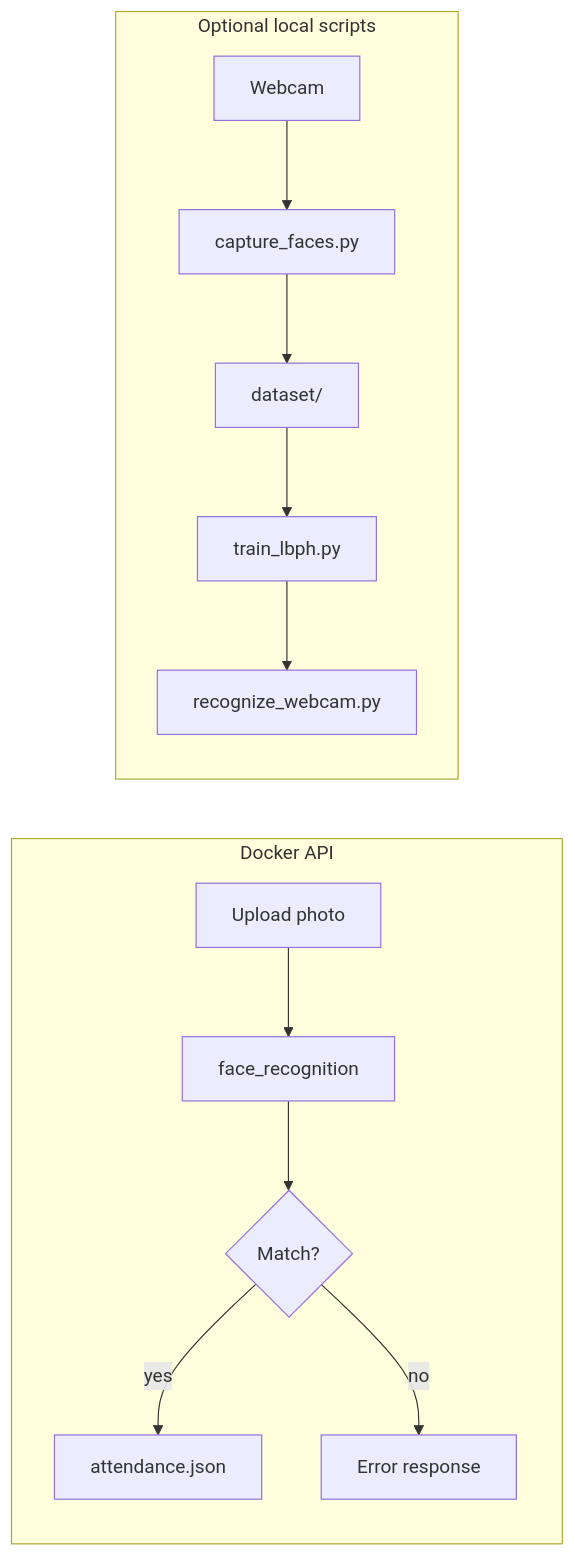
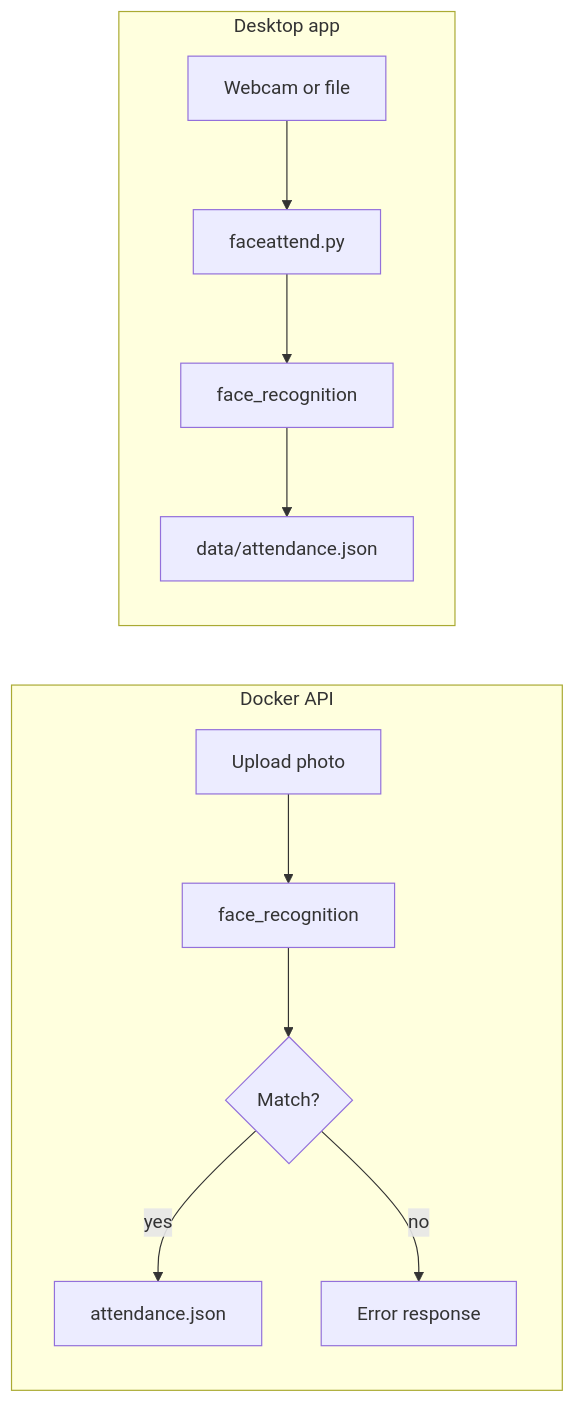
Before and after one commit to joemo31/faceattend: the diagram in README.md, drawn with Mermaid. The commit also changed other lines of this file and 7 other files, not shown here.

First line of the commit message:
Add desktop GUI workflow and remove legacy LBPH scripts.

````diff
--- a/README.md
+++ b/README.md
@@ -7,15 +7,14 @@
 ```mermaid
 flowchart LR
   subgraph api [Docker API]
     A[Upload photo] --> B[face_recognition]
     B --> C{Match?}
     C -->|yes| D[attendance.json]
     C -->|no| E[Error response]
   end
-  subgraph local [Optional local scripts]
-    F[Webcam] --> G[capture_faces.py]
-    G --> H[dataset/]
-    H --> I[train_lbph.py]
-    I --> J[recognize_webcam.py]
+  subgraph desktop [Desktop app]
+    F[Webcam or file] --> G[faceattend.py]
+    G --> H[face_recognition]
+    H --> I[data/attendance.json]
   end
 ```
````
